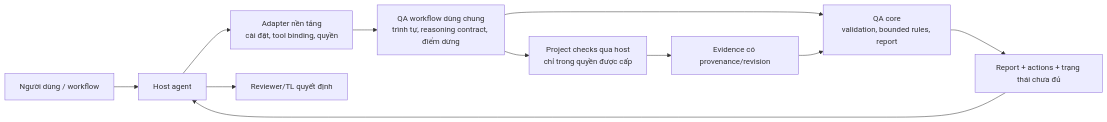
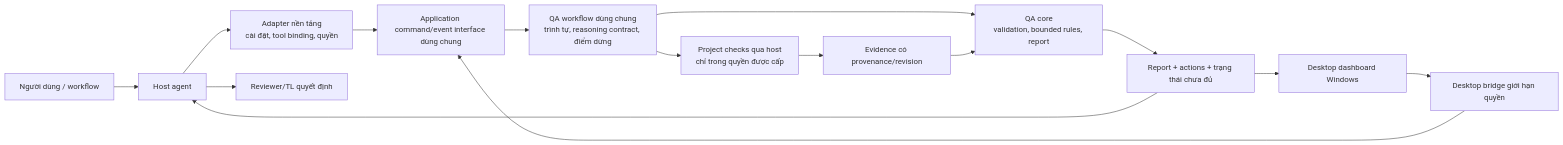
One commit to nhatphucpham/ai-engineering-qa-framework changed the diagram in docs/FRAMEWORK-SCOPE.md. Above: the diagram before and after it, drawn with Mermaid. The commit also changed other lines of this file and 6 other files, not shown here.

Commit message:
docs: scope Windows desktop and agent plugin around a shared QA core

````diff
--- a/docs/FRAMEWORK-SCOPE.md
+++ b/docs/FRAMEWORK-SCOPE.md
@@ -32,13 +35,17 @@
 ```mermaid
 flowchart LR
   U["Người dùng / workflow"] --> H["Host agent"]
   H --> A["Adapter nền tảng<br/>cài đặt, tool binding, quyền"]
-  A --> W["QA workflow dùng chung<br/>trình tự, reasoning contract, điểm dừng"]
+  A --> API["Application command/event interface dùng chung"]
+  UI["Desktop dashboard Windows"] --> BR["Desktop bridge giới hạn quyền"]
+  BR --> API
+  API --> W["QA workflow dùng chung<br/>trình tự, reasoning contract, điểm dừng"]
   W --> C["QA core<br/>validation, bounded rules, report"]
   W --> T["Project checks qua host<br/>chỉ trong quyền được cấp"]
   T --> E["Evidence có provenance/revision"]
   E --> C
   C --> R["Report + actions + trạng thái chưa đủ"]
   R --> H
+  R --> UI
   H --> D["Reviewer/TL quyết định"]
 ```
````
